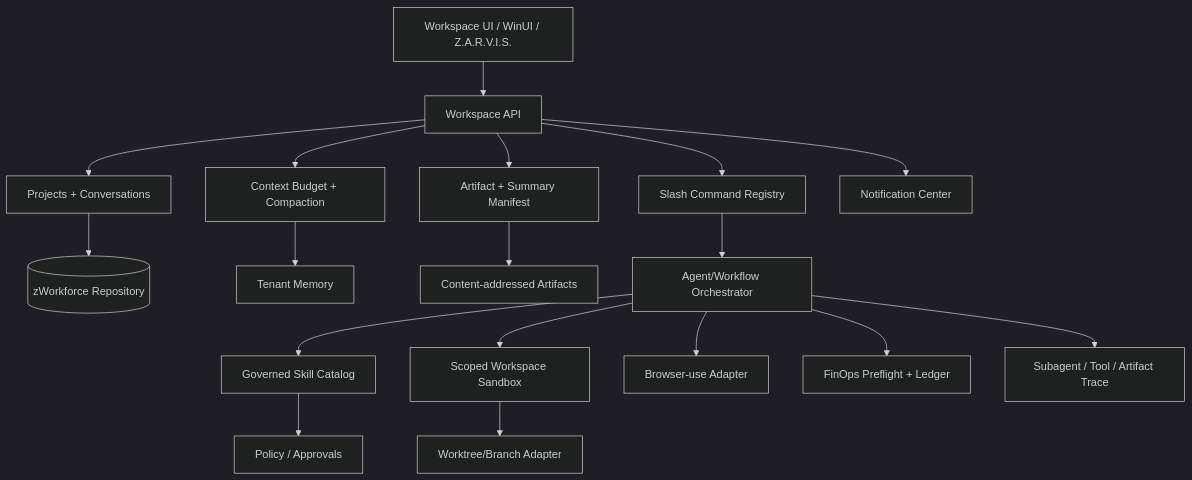
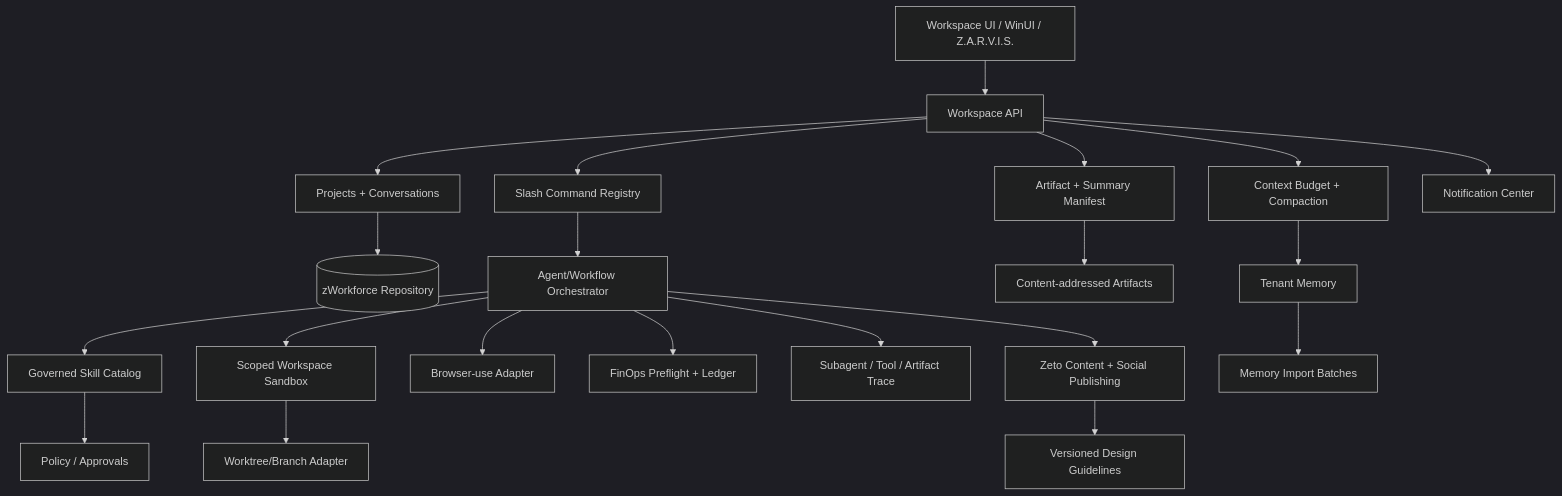
Before and after one commit to cvsz/zWorkforce: the diagram in docs/SKYWORK-CHANGELOG-REVERSE-ENGINEERING.md, drawn with Mermaid (dark theme). The commit also changed other lines of this file, not shown here.

````diff
--- a/docs/SKYWORK-CHANGELOG-REVERSE-ENGINEERING.md
+++ b/docs/SKYWORK-CHANGELOG-REVERSE-ENGINEERING.md
@@ -58,23 +74,26 @@
 ```mermaid
 flowchart TB
   UI[Workspace UI / WinUI / Z.A.R.V.I.S.] --> WAPI[Workspace API]
   WAPI --> PROJ[Projects + Conversations]
   WAPI --> CTX[Context Budget + Compaction]
   WAPI --> ART[Artifact + Summary Manifest]
   WAPI --> CMD[Slash Command Registry]
   WAPI --> NOTIFY[Notification Center]
 
   PROJ --> DB[(zWorkforce Repository)]
   CTX --> MEM[Tenant Memory]
   ART --> STORE[Content-addressed Artifacts]
 
   CMD --> ORCH[Agent/Workflow Orchestrator]
   ORCH --> SKILLS[Governed Skill Catalog]
   SKILLS --> POLICY[Policy / Approvals]
   ORCH --> SANDBOX[Scoped Workspace Sandbox]
   SANDBOX --> GIT[Worktree/Branch Adapter]
   ORCH --> ZIDER[Browser-use Adapter]
 
   ORCH --> COST[FinOps Preflight + Ledger]
   ORCH --> TRACE[Subagent / Tool / Artifact Trace]
+  ORCH --> ZETO[Zeto Content + Social Publishing]
+  ZETO --> GUIDE[Versioned Design Guidelines]
+  MEM --> IMPORT[Memory Import Batches]
 ```
````
